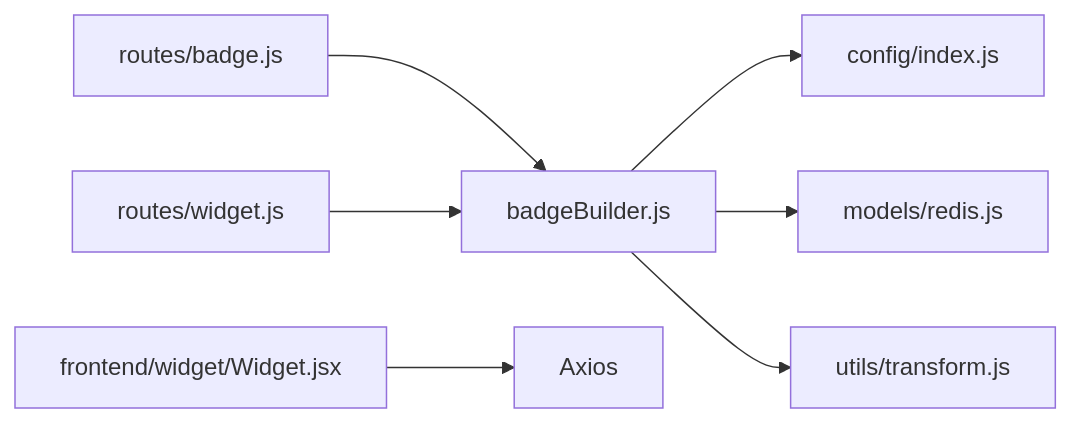
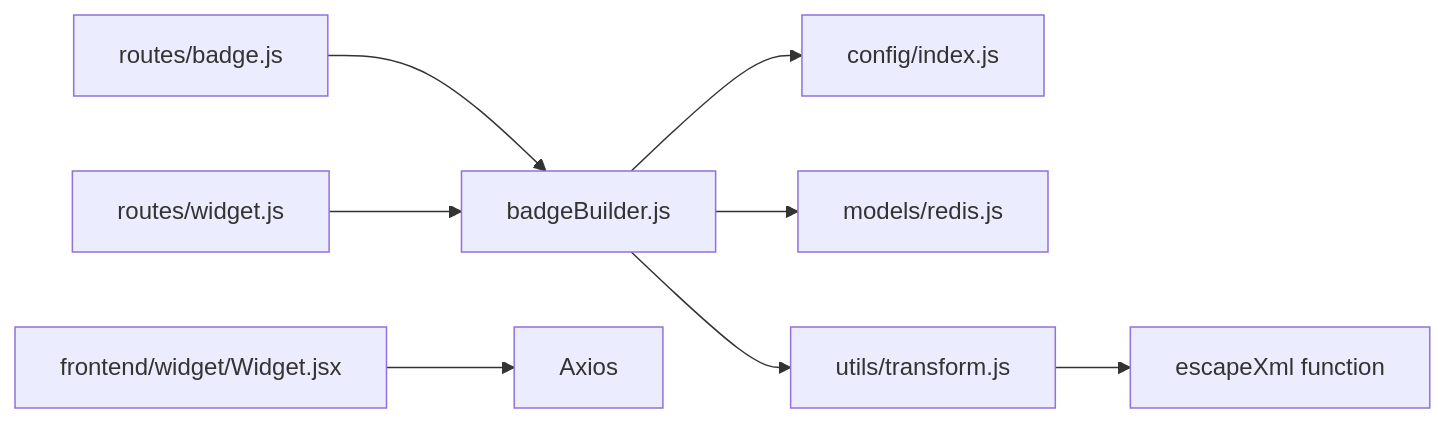
The sixth of 6 diagrams in .qoder/repowiki/en/content/Service Layer/Badge Services.md (RunTimeAdmin/AgentID), drawn with Mermaid before and after one commit. The commit also changed other lines of this file and 4 other files, not shown here.

````diff
--- a/.qoder/repowiki/en/content/Service Layer/Badge Services.md
+++ b/.qoder/repowiki/en/content/Service Layer/Badge Services.md
@@ -266,9 +287,10 @@
 ```mermaid
 graph LR
 BB["badgeBuilder.js"] --> CFG["config/index.js"]
 BB --> REDIS["models/redis.js"]
 BB --> TRANS["utils/transform.js"]
+TRANS --> ESCAPEXML["escapeXml function"]
 BR["routes/badge.js"] --> BB
 WR["routes/widget.js"] --> BB
 WIDGET["frontend/widget/Widget.jsx"] --> API["Axios"]
 ```
````
